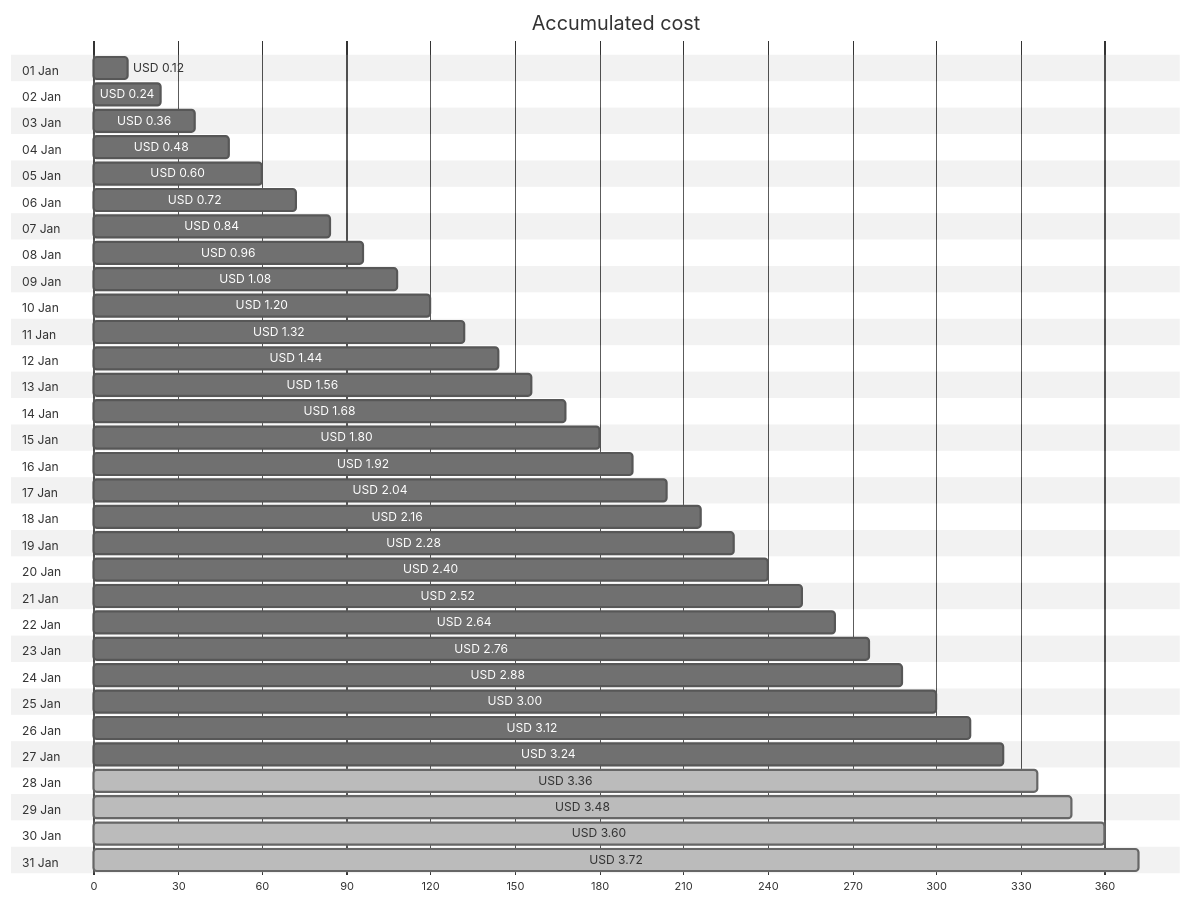
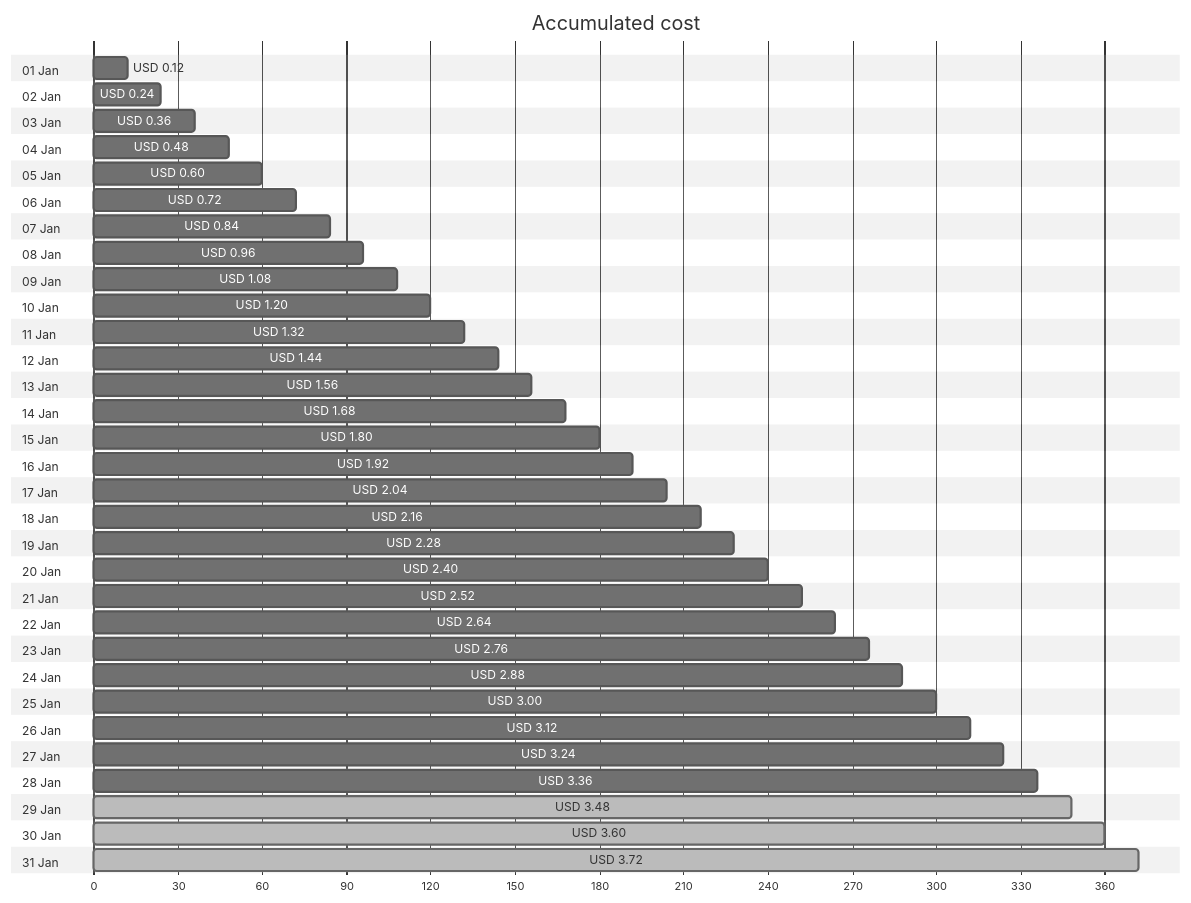
The first of 4 diagrams in cost-reports/personal-network/backup-server-public-ip.md (jpfulton/azure-personal-reports), drawn with Mermaid (neutral theme) before and after one commit. The commit also changed other lines of this file and 8 other files, not shown here.

````diff
--- a/cost-reports/personal-network/backup-server-public-ip.md
+++ b/cost-reports/personal-network/backup-server-public-ip.md
@@ -20,68 +20,68 @@
 ```mermaid
 gantt
    title Accumulated cost
    dateFormat  X
    axisFormat %s
    section 01 Jan
    USD 0.12 :0, 12
    section 02 Jan
    USD 0.24 :0, 24
    section 03 Jan
    USD 0.36 :0, 36
    section 04 Jan
    USD 0.48 :0, 48
    section 05 Jan
    USD 0.60 :0, 60
    section 06 Jan
    USD 0.72 :0, 72
    section 07 Jan
    USD 0.84 :0, 84
    section 08 Jan
    USD 0.96 :0, 96
    section 09 Jan
    USD 1.08 :0, 108
    section 10 Jan
    USD 1.20 :0, 120
    section 11 Jan
    USD 1.32 :0, 132
    section 12 Jan
    USD 1.44 :0, 144
    section 13 Jan
    USD 1.56 :0, 156
    section 14 Jan
    USD 1.68 :0, 168
    section 15 Jan
    USD 1.80 :0, 180
    section 16 Jan
    USD 1.92 :0, 192
    section 17 Jan
    USD 2.04 :0, 204
    section 18 Jan
    USD 2.16 :0, 216
    section 19 Jan
    USD 2.28 :0, 228
    section 20 Jan
    USD 2.40 :0, 240
    section 21 Jan
    USD 2.52 :0, 252
    section 22 Jan
    USD 2.64 :0, 264
    section 23 Jan
    USD 2.76 :0, 276
    section 24 Jan
    USD 2.88 :0, 288
    section 25 Jan
    USD 3.00 :0, 300
    section 26 Jan
    USD 3.12 :0, 312
    section 27 Jan
    USD 3.24 :0, 324
    section 28 Jan
-   USD 3.36 : done, 0, 336
+   USD 3.36 :0, 336
    section 29 Jan
    USD 3.48 : done, 0, 348
    section 30 Jan
    USD 3.60 : done, 0, 360
    section 31 Jan
    USD 3.72 : done, 0, 372
 ```
````
